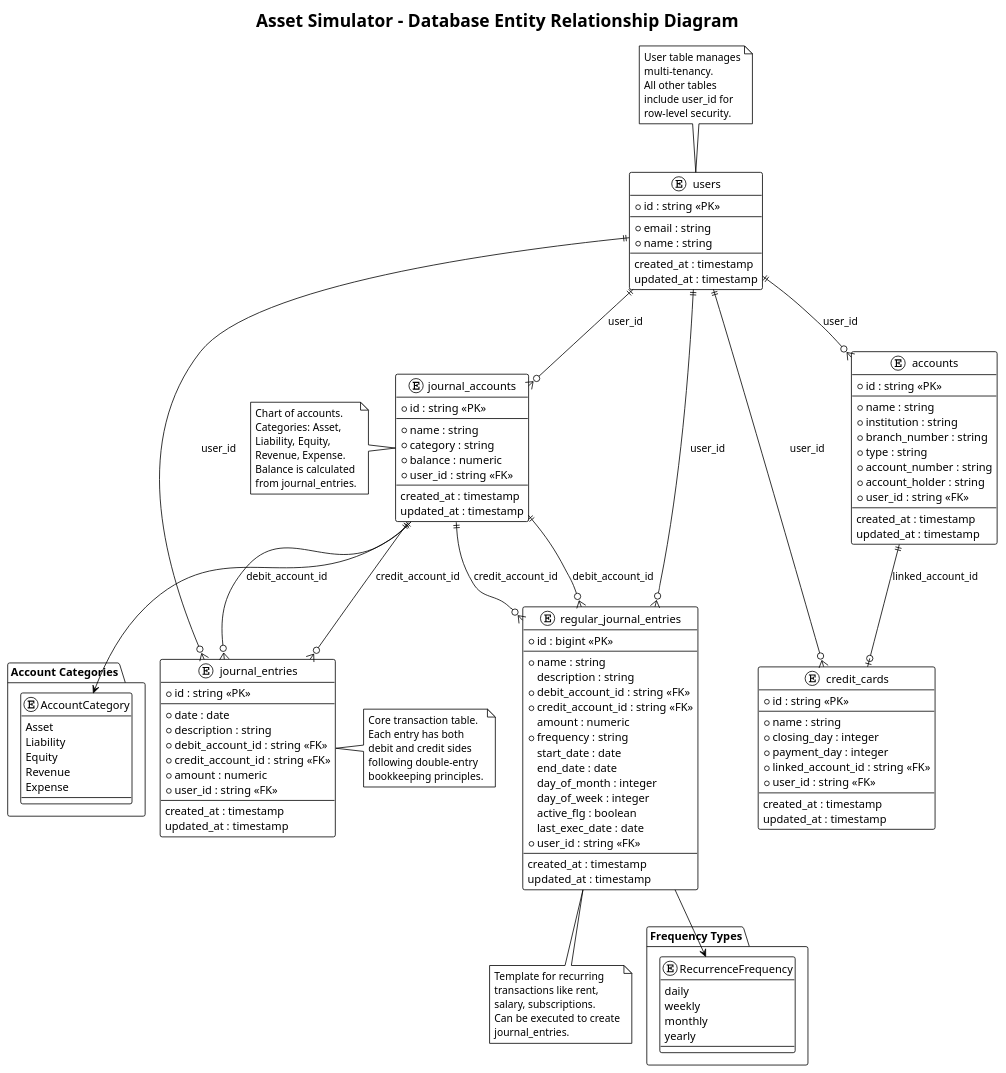
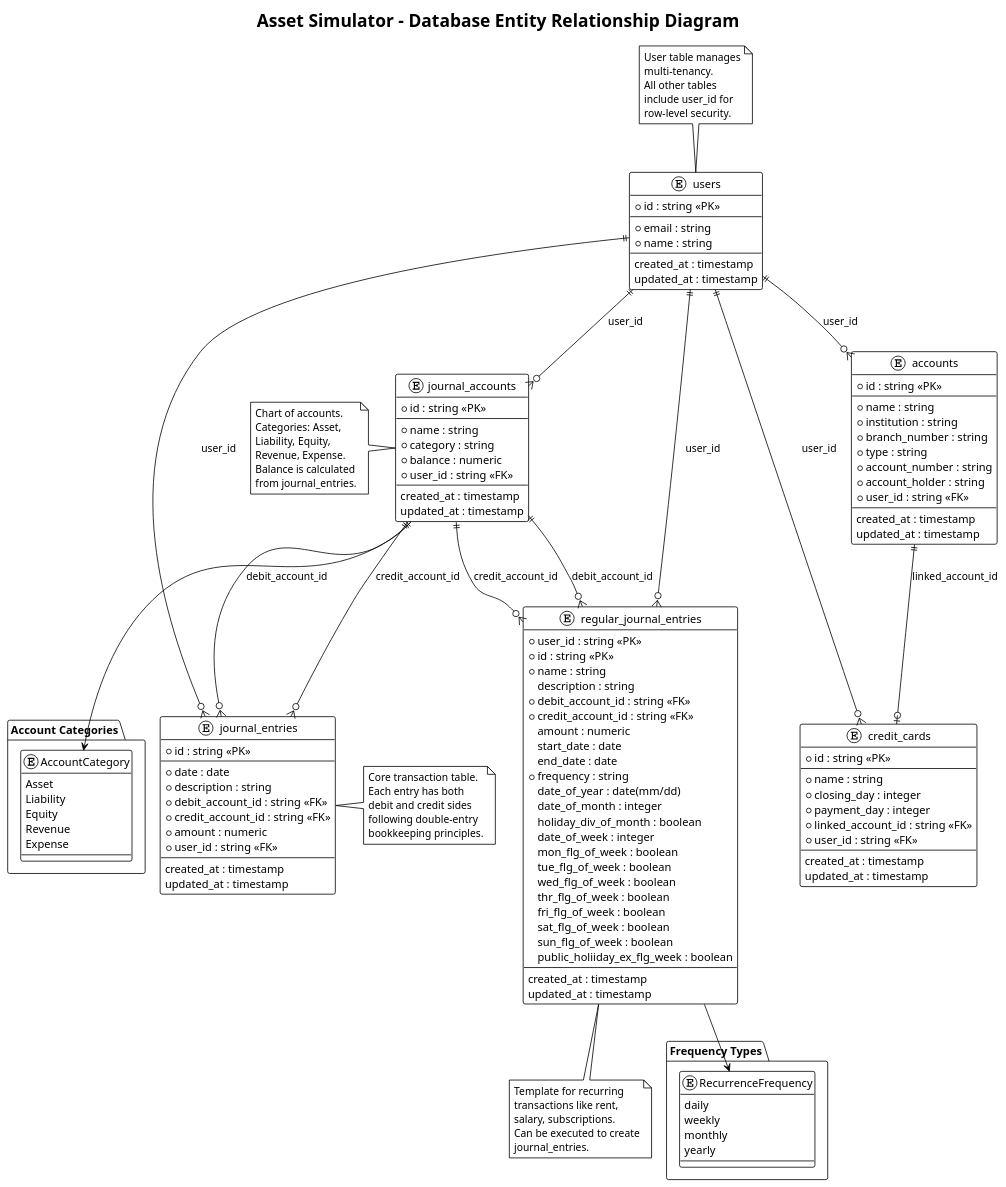
One commit to AmonOhno/asset-simulator changed the diagram in docs/database_er_diagram.puml. Above: the diagram before and after it, drawn with PlantUML. The commit also changed 4 other files, not shown here.

```diff
--- a/docs/database_er_diagram.puml
+++ b/docs/database_er_diagram.puml
@@ -1,164 +1,171 @@
 @startuml Database ER Diagram
 !theme plain
 
 title Asset Simulator - Database Entity Relationship Diagram
 
 ' --- Entities ---
 entity "accounts" as accounts {
   * id : string <<PK>>
   --
   * name : string
   * institution : string
   * branch_number : string
   * type : string
   * account_number : string
   * account_holder : string
   * user_id : string <<FK>>
   --
   created_at : timestamp
   updated_at : timestamp
 }
 
 entity "credit_cards" as credit_cards {
   * id : string <<PK>>
   --
   * name : string
   * closing_day : integer
   * payment_day : integer
   * linked_account_id : string <<FK>>
   * user_id : string <<FK>>
   --
   created_at : timestamp
   updated_at : timestamp
 }
 
 entity "journal_accounts" as journal_accounts {
   * id : string <<PK>>
   --
   * name : string
   * category : string
   * balance : numeric
   * user_id : string <<FK>>
   --
   created_at : timestamp
   updated_at : timestamp
 }
 
 entity "journal_entries" as journal_entries {
   * id : string <<PK>>
   --
   * date : date
   * description : string
   * debit_account_id : string <<FK>>
   * credit_account_id : string <<FK>>
   * amount : numeric
   * user_id : string <<FK>>
   --
   created_at : timestamp
   updated_at : timestamp
 }
 
 entity "regular_journal_entries" as regular_journal_entries {
-  * id : bigint <<PK>>
-  --
+  * user_id : string <<PK>>
+  * id : string <<PK>>  
   * name : string
   description : string
   * debit_account_id : string <<FK>>
   * credit_account_id : string <<FK>>
   amount : numeric
-  * frequency : string
   start_date : date
   end_date : date
-  day_of_month : integer
-  day_of_week : integer
-  active_flg : boolean
-  last_exec_date : date
-  * user_id : string <<FK>>
+  * frequency : string
+  date_of_year : date(mm/dd)
+  date_of_month : integer
+  holiday_div_of_month : boolean
+  date_of_week : integer
+  mon_flg_of_week : boolean
+  tue_flg_of_week : boolean
+  wed_flg_of_week : boolean
+  thr_flg_of_week : boolean
+  fri_flg_of_week : boolean
+  sat_flg_of_week : boolean
+  sun_flg_of_week : boolean
+  public_holiiday_ex_flg_week : boolean
   --
   created_at : timestamp
   updated_at : timestamp
 }
 
 entity "users" as users {
   * id : string <<PK>>
   --
   * email : string
   * name : string
   --
   created_at : timestamp
   updated_at : timestamp
 }
 
 ' --- Relationships ---
 users ||--o{ accounts : "user_id"
 users ||--o{ credit_cards : "user_id"
 users ||--o{ journal_accounts : "user_id"
 users ||--o{ journal_entries : "user_id"
 users ||--o{ regular_journal_entries : "user_id"
 
 accounts ||--o| credit_cards : "linked_account_id"
 
 journal_accounts ||--o{ journal_entries : "debit_account_id"
 journal_accounts ||--o{ journal_entries : "credit_account_id"
 
 journal_accounts ||--o{ regular_journal_entries : "debit_account_id"
 journal_accounts ||--o{ regular_journal_entries : "credit_account_id"
 
 ' --- Notes ---
 note top of users
   User table manages
   multi-tenancy.
   All other tables
   include user_id for
   row-level security.
 end note
 
 note right of journal_entries
   Core transaction table.
   Each entry has both
   debit and credit sides
   following double-entry
   bookkeeping principles.
 end note
 
 note bottom of regular_journal_entries
   Template for recurring
   transactions like rent,
   salary, subscriptions.
   Can be executed to create
   journal_entries.
 end note
 
 note left of journal_accounts
   Chart of accounts.
   Categories: Asset,
   Liability, Equity,
   Revenue, Expense.
   Balance is calculated
   from journal_entries.
 end note
 
 ' --- Categories ---
 package "Account Categories" {
   enum AccountCategory {
     Asset
     Liability
     Equity
     Revenue
     Expense
   }
 }
 
 package "Frequency Types" {
   enum RecurrenceFrequency {
     daily
     weekly
     monthly
     yearly
   }
 }
 
 journal_accounts --> AccountCategory
 regular_journal_entries --> RecurrenceFrequency
 
 @enduml
```
